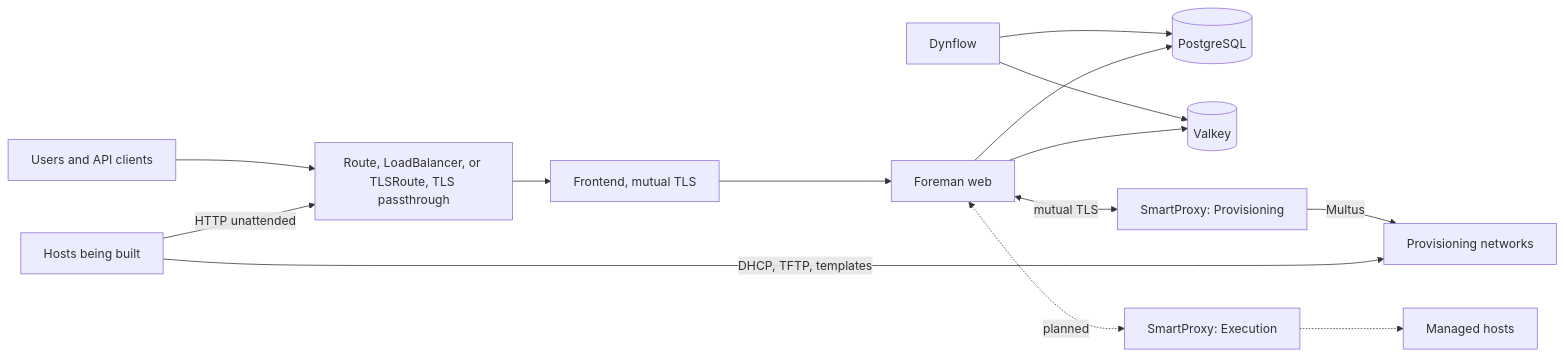
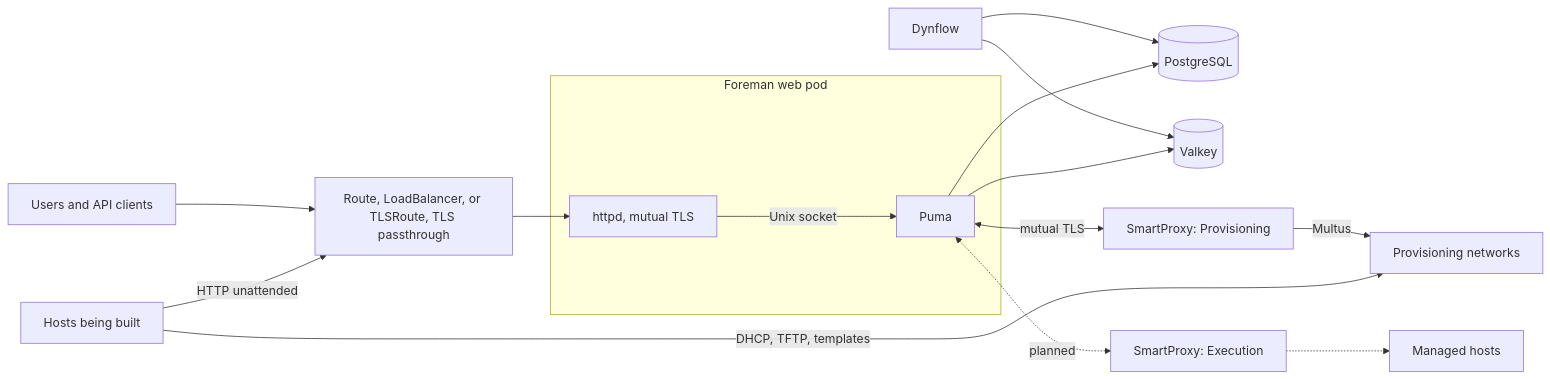
Before and after one commit to slauger/foreman-operator: the first of 2 diagrams in docs/concepts/architecture.md, drawn with Mermaid. The commit also changed other lines of this file and 50 other files, not shown here.

First line of the commit message:
feat!: run the frontend as a sidecar of the Foreman web pods (#17)

````diff
--- a/docs/concepts/architecture.md
+++ b/docs/concepts/architecture.md
@@ -10,18 +10,20 @@
 ```mermaid
 flowchart LR
   Users[Users and API clients] --> Edge[Route, LoadBalancer, or TLSRoute, TLS passthrough]
   Build[Hosts being built] -->|HTTP unattended| Edge
-  Edge --> Frontend[Frontend, mutual TLS]
-  Frontend --> Web[Foreman web]
+  Edge --> Frontend
+  subgraph WebPod[Foreman web pod]
+    Frontend[httpd, mutual TLS] -->|Unix socket| Web[Puma]
+  end
 
   Dynflow[Dynflow] --> PG[(PostgreSQL)]
   Dynflow --> Valkey[(Valkey)]
   Web --> PG
   Web --> Valkey
 
   Web <-->|mutual TLS| Prov[SmartProxy: Provisioning]
   Web <-.->|planned| Exec[SmartProxy: Execution]
   Exec -.-> Managed[Managed hosts]
   Prov -->|Multus| Net[Provisioning networks]
   Build -->|DHCP, TFTP, templates| Net
 ```
````
